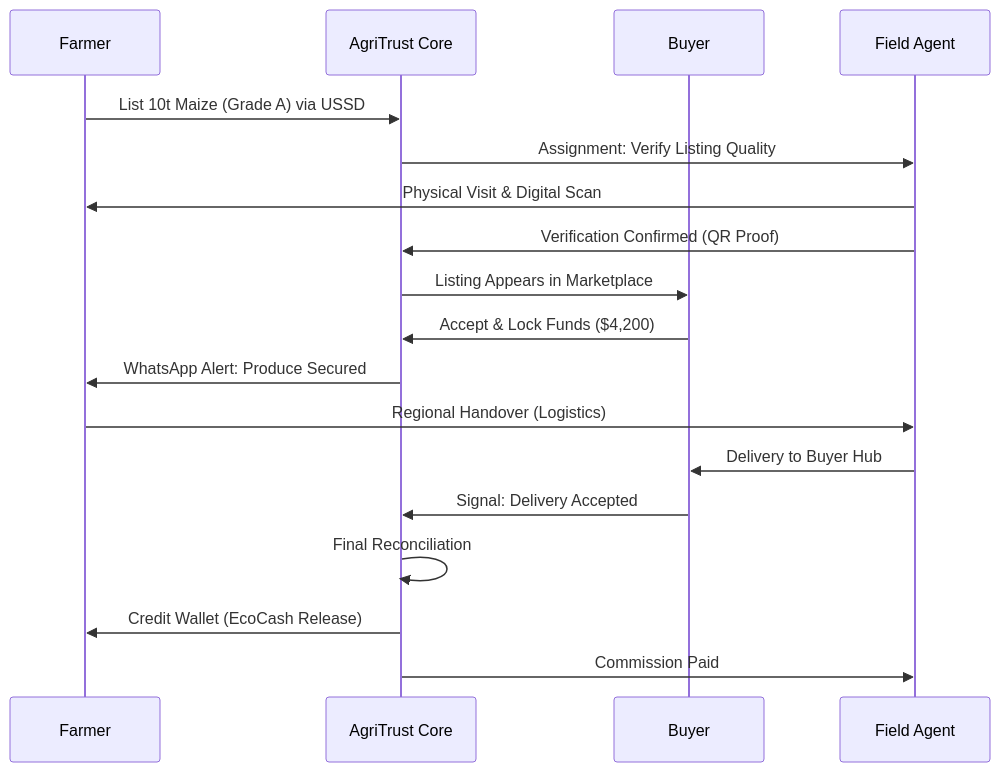
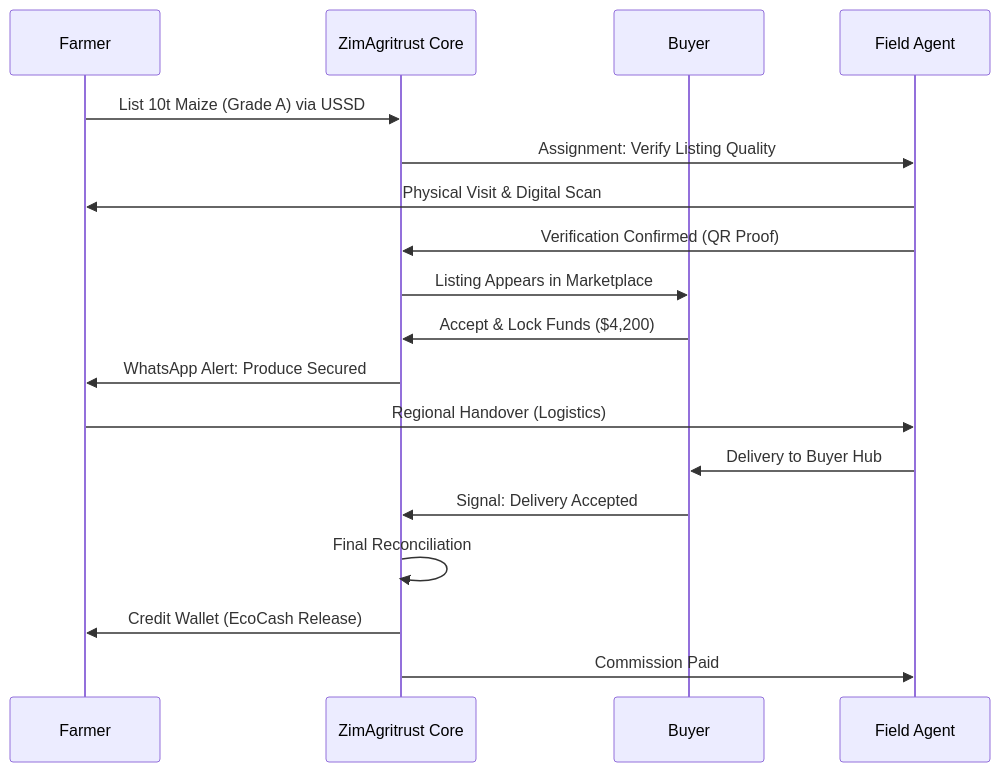
Before and after one commit to MatteoZW-23/ZimAgriTrust: the second of 6 diagrams in docs/AgriTrust_Master_Documentation_v4.0.md, drawn with Mermaid. The commit also changed other lines of this file and 408 other files, not shown here.

````diff
--- a/docs/AgriTrust_Master_Documentation_v4.0.md
+++ b/docs/AgriTrust_Master_Documentation_v4.0.md
@@ -417,21 +417,21 @@
 ```mermaid
 sequenceDiagram
     participant F as Farmer
-    participant S as AgriTrust Core
+    participant S as ZimAgritrust Core
     participant B as Buyer
     participant A as Field Agent
 
     F->>S: List 10t Maize (Grade A) via USSD
     S->>A: Assignment: Verify Listing Quality
     A->>F: Physical Visit & Digital Scan
     A->>S: Verification Confirmed (QR Proof)
     S->>B: Listing Appears in Marketplace
     B->>S: Accept & Lock Funds ($4,200)
     S->>F: WhatsApp Alert: Produce Secured
     F->>A: Regional Handover (Logistics)
     A->>B: Delivery to Buyer Hub
     B->>S: Signal: Delivery Accepted
     S->>S: Final Reconciliation
     S->>F: Credit Wallet (EcoCash Release)
     S->>A: Commission Paid
 ```
````
